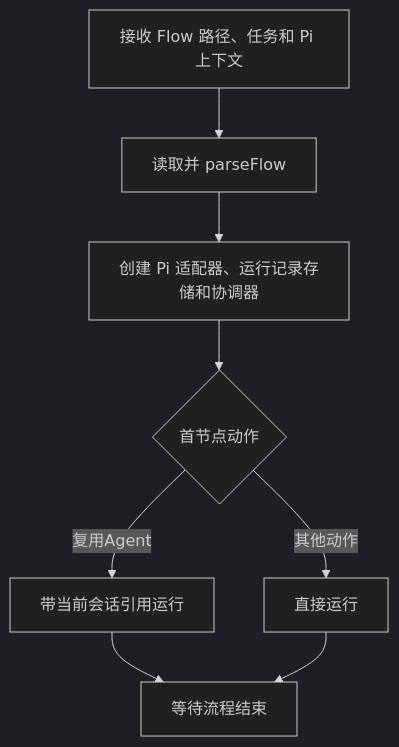
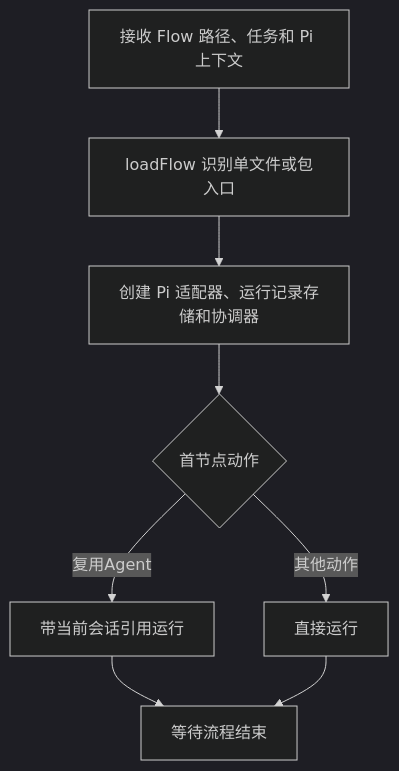
One commit to JhihJian/Agent-Flow-Runtime changed the second of 9 diagrams in docs/source-pseudocode-guide.md. Above: the diagram before and after it, drawn with Mermaid (dark theme). The commit also changed other lines of this file and 13 other files, not shown here.

Commit message:
支持 Flow 包直接加载

````diff
--- a/docs/source-pseudocode-guide.md
+++ b/docs/source-pseudocode-guide.md
@@ -46,10 +47,10 @@
 ```mermaid
 flowchart TD
-  A[接收 Flow 路径、任务和 Pi 上下文] --> B[读取并 parseFlow]
+  A[接收 Flow 路径、任务和 Pi 上下文] --> B[loadFlow 识别单文件或包入口]
   B --> C[创建 Pi 适配器、运行记录存储和协调器]
   C --> D{首节点动作}
   D -->|复用Agent| E[带当前会话引用运行]
   D -->|其他动作| F[直接运行]
   E --> G[等待流程结束]
   F --> G
 ```
````
